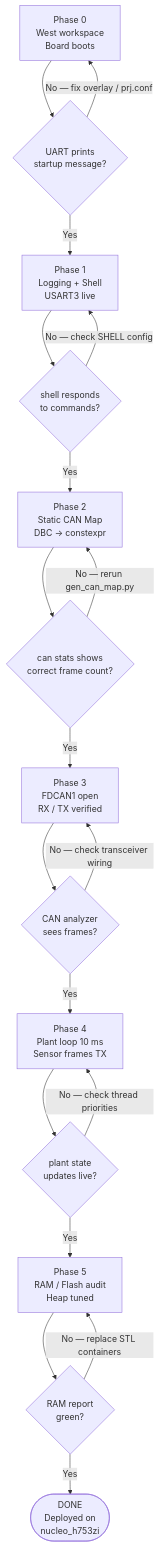
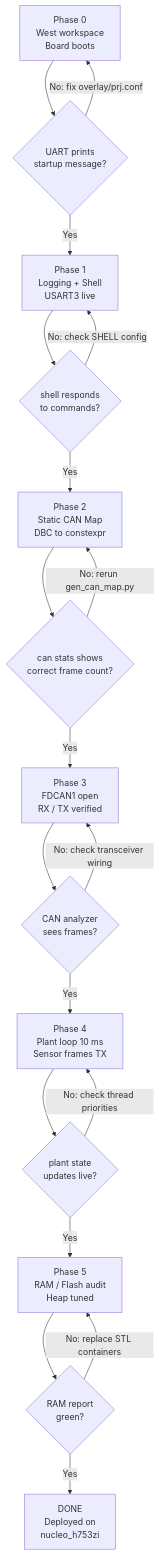
One commit to mtilocca/vehicle-Dynamics-Sim-Can changed the eighth of 8 diagrams in docs/ZEPHYR_PORT.md. Above: the diagram before and after it, drawn with Mermaid. The commit also changed other lines of this file and 5 other files, not shown here.

````diff
--- a/docs/ZEPHYR_PORT.md
+++ b/docs/ZEPHYR_PORT.md
@@ -570,35 +585,35 @@
 ```mermaid
-flowchart TD
+graph TD
     P0["Phase 0\nWest workspace\nBoard boots"]
     G0{UART prints\nstartup message?}
     P1["Phase 1\nLogging + Shell\nUSART3 live"]
     G1{shell responds\nto commands?}
-    P2["Phase 2\nStatic CAN Map\nDBC → constexpr"]
+    P2["Phase 2\nStatic CAN Map\nDBC to constexpr"]
     G2{can stats shows\ncorrect frame count?}
     P3["Phase 3\nFDCAN1 open\nRX / TX verified"]
     G3{CAN analyzer\nsees frames?}
     P4["Phase 4\nPlant loop 10 ms\nSensor frames TX"]
     G4{plant state\nupdates live?}
     P5["Phase 5\nRAM / Flash audit\nHeap tuned"]
     G5{RAM report\ngreen?}
-    DONE(["DONE\nDeployed on\nnucleo_h753zi"])
+    DONE["DONE\nDeployed on\nnucleo_h753zi"]
 
     P0 --> G0
     G0 -->|Yes| P1
-    G0 -->|No — fix overlay / prj.conf| P0
+    G0 -->|No: fix overlay/prj.conf| P0
     P1 --> G1
     G1 -->|Yes| P2
-    G1 -->|No — check SHELL config| P1
+    G1 -->|No: check SHELL config| P1
     P2 --> G2
     G2 -->|Yes| P3
-    G2 -->|No — rerun gen_can_map.py| P2
+    G2 -->|No: rerun gen_can_map.py| P2
     P3 --> G3
     G3 -->|Yes| P4
-    G3 -->|No — check transceiver wiring| P3
+    G3 -->|No: check transceiver wiring| P3
     P4 --> G4
     G4 -->|Yes| P5
-    G4 -->|No — check thread priorities| P4
+    G4 -->|No: check thread priorities| P4
     P5 --> G5
     G5 -->|Yes| DONE
-    G5 -->|No — replace STL containers| P5
+    G5 -->|No: replace STL containers| P5
 ```
````
